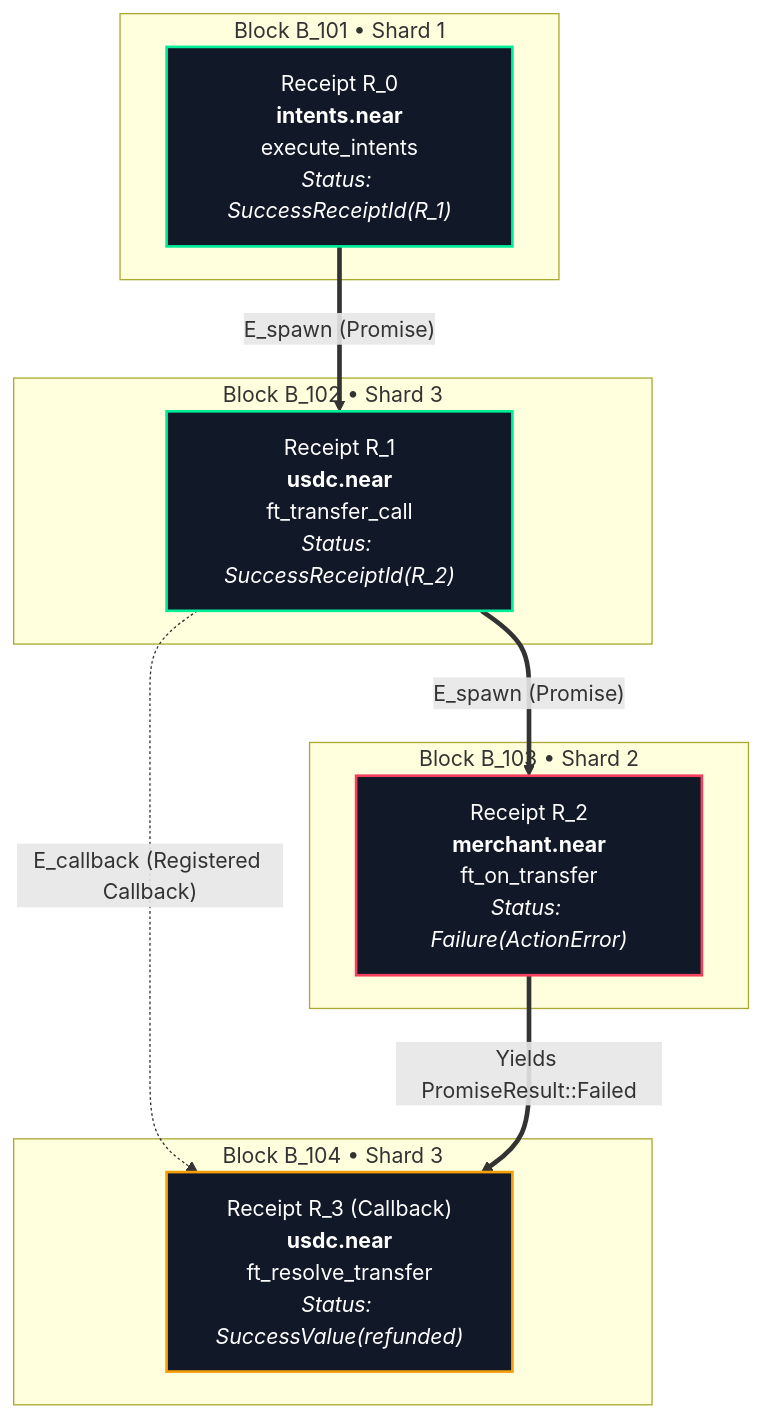
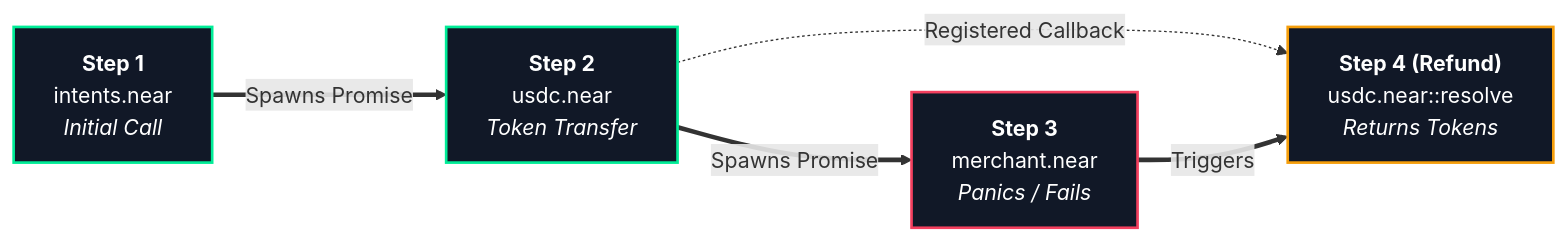
One commit to Team-Managed/NEARHook changed the third of 6 diagrams in whitepaper.md. Above: the diagram before and after it, drawn with Mermaid. The commit also changed other lines of this file, not shown here.

Commit message:
docs: clarify receipt stitching, omnichain ingress, and zero-config tunneling in whitepaper

````diff
--- a/whitepaper.md
+++ b/whitepaper.md
@@ -74,28 +101,12 @@
 ```mermaid
-flowchart TD
-    subgraph B101["Block B_101 • Shard 1"]
-        R0["Receipt R_0<br/><b>intents.near</b><br/>execute_intents<br/><i>Status: SuccessReceiptId(R_1)</i>"]
-    end
-
-    subgraph B102["Block B_102 • Shard 3"]
-        R1["Receipt R_1<br/><b>usdc.near</b><br/>ft_transfer_call<br/><i>Status: SuccessReceiptId(R_2)</i>"]
-    end
-
-    subgraph B103["Block B_103 • Shard 2"]
-        R2["Receipt R_2<br/><b>merchant.near</b><br/>ft_on_transfer<br/><i>Status: Failure(ActionError)</i>"]
-    end
-
-    subgraph B104["Block B_104 • Shard 3"]
-        R3["Receipt R_3 (Callback)<br/><b>usdc.near</b><br/>ft_resolve_transfer<br/><i>Status: SuccessValue(refunded)</i>"]
-    end
-
-    R0 ==>|"E_spawn (Promise)"| R1
-    R1 ==>|"E_spawn (Promise)"| R2
-    R1 -.->|"E_callback (Registered Callback)"| R3
-    R2 ==>|"Yields PromiseResult::Failed"| R3
+flowchart LR
+    R0["<b>Step 1</b><br/>intents.near<br/><i>Initial Call</i>"] ==>|"Spawns Promise"| R1["<b>Step 2</b><br/>usdc.near<br/><i>Token Transfer</i>"]
+    R1 ==>|"Spawns Promise"| R2["<b>Step 3</b><br/>merchant.near<br/><i>Panics / Fails</i>"]
+    R1 -.->|"Registered Callback"| R3["<b>Step 4 (Refund)</b><br/>usdc.near::resolve<br/><i>Returns Tokens</i>"]
+    R2 ==>|"Triggers"| R3
 
     style R0 fill:#111827,stroke:#00EC97,stroke-width:2px,color:#fff
     style R1 fill:#111827,stroke:#00EC97,stroke-width:2px,color:#fff
     style R2 fill:#111827,stroke:#F43F5E,stroke-width:2px,color:#fff
     style R3 fill:#111827,stroke:#F59E0B,stroke-width:2px,color:#fff
 ```
````
